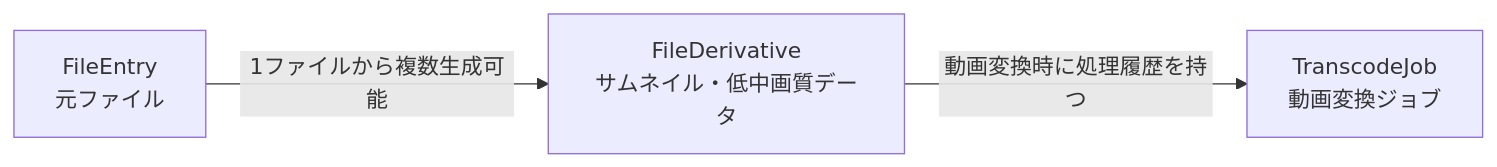
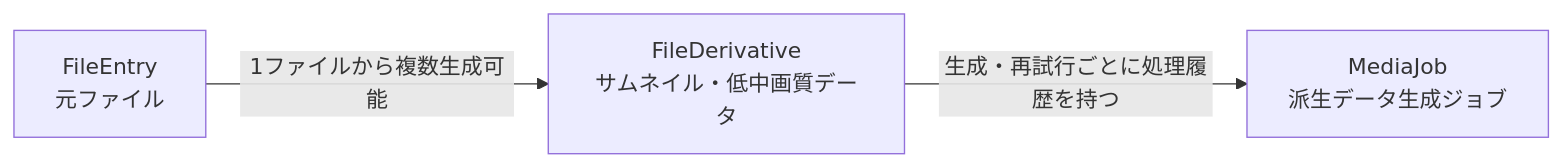
One commit to ry825/Kura_Storage changed the eighth of 24 diagrams in docs/functional-design.md. Above: the diagram before and after it, drawn with Mermaid. The commit also changed other lines of this file and 7 other files, not shown here.

Commit message:
docs: define media derivative foundation

````diff
--- a/docs/functional-design.md
+++ b/docs/functional-design.md
@@ -814,17 +820,17 @@
 ```mermaid
 
 flowchart LR
 
     Entry["FileEntry<br/>元ファイル"]
 
     Derivative["FileDerivative<br/>サムネイル・低中画質データ"]
 
-    Job["TranscodeJob<br/>動画変換ジョブ"]
+    Job["MediaJob<br/>派生データ生成ジョブ"]
 
 
 
     Entry -->|"1ファイルから複数生成可能"| Derivative
 
-    Derivative -->|"動画変換時に処理履歴を持つ"| Job
+    Derivative -->|"生成・再試行ごとに処理履歴を持つ"| Job
 
 ```
````
